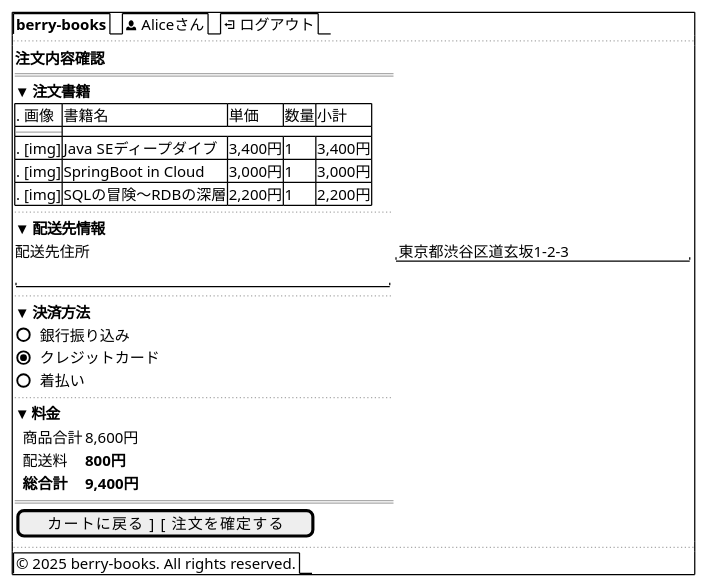
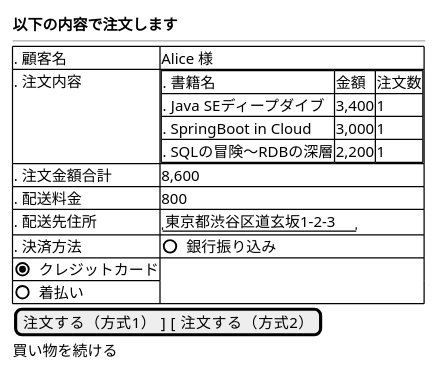
Before and after one commit to KenyaSaitoh/ai_dev_training_202512: the first of 3 diagrams in projects/java/berry-books-mvc-sdd/specs/baseline/features/F_003_order_processing/screen_design.md, drawn with PlantUML. The commit also changed other lines of this file and 99 other files, not shown here.

````diff
--- a/projects/java/berry-books-mvc-sdd/specs/baseline/features/F_003_order_processing/screen_design.md
+++ b/projects/java/berry-books-mvc-sdd/specs/baseline/features/F_003_order_processing/screen_design.md
@@ -26,40 +26,25 @@
 ```plantuml
 @startsalt
-{+
-  {/ <b>berry-books</b> | <&person> Aliceさん | <&account-logout> ログアウト }
-  ..
-  {
-    <b>注文内容確認</b>
-    ==
-    <b>▼ 注文書籍</b>
-    {#
-      . 画像   | 書籍名                    | 単価      | 数量 | 小計
-      --
-      . [img] | Java SEディープダイブ      | 3,400円   | 1   | 3,400円
-      . [img] | SpringBoot in Cloud      | 3,000円   | 1   | 3,000円
-      . [img] | SQLの冒険～RDBの深層       | 2,200円   | 1   | 2,200円
-    }
-    ..
-    <b>▼ 配送先情報</b>
-    配送先住所 | "東京都渋谷区道玄坂1-2-3               "
-               | "                                     "
-    ..
-    <b>▼ 決済方法</b>
-    ( ) 銀行振り込み
-    (X) クレジットカード
-    ( ) 着払い
-    ..
-    <b>▼ 料金</b>
-    {
-      . | 商品合計   | 8,600円
-      . | 配送料     | <b>800円</b>
-      . | <b>総合計</b> | <b>9,400円</b>
-    }
-    ==
-    [  カートに戻る  ]  [    注文を確定する    ]
+{
+  <b>以下の内容で注文します</b>
+  --
+  {#
+    . 顧客名     | Alice 様
+    . 注文内容   | {#
+                   . 書籍名                  | 金額   | 注文数
+                   . Java SEディープダイブ    | 3,400 | 1
+                   . SpringBoot in Cloud    | 3,000 | 1
+                   . SQLの冒険～RDBの深層     | 2,200 | 1
+                 }
+    . 注文金額合計 | 8,600
+    . 配送料金   | 800
+    . 配送先住所 | "東京都渋谷区道玄坂1-2-3     "
+    . 決済方法   | ( ) 銀行振り込み
+                 | (X) クレジットカード
+                 | ( ) 着払い
   }
-  ..
-  {/ © 2025 berry-books. All rights reserved. }
+  [  注文する（方式1）  ]  [  注文する（方式2）  ]
+  買い物を続ける
 }
 @endsalt
 ```
````
